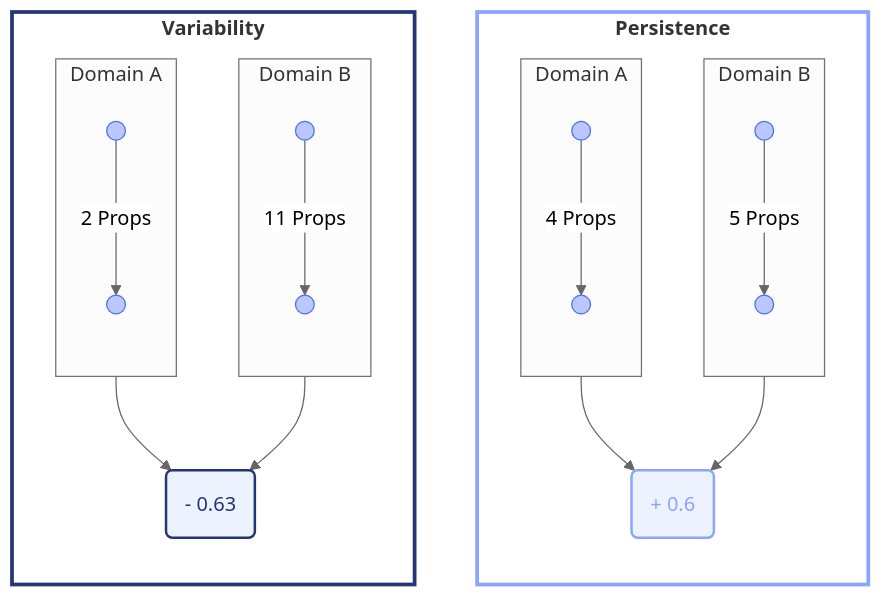
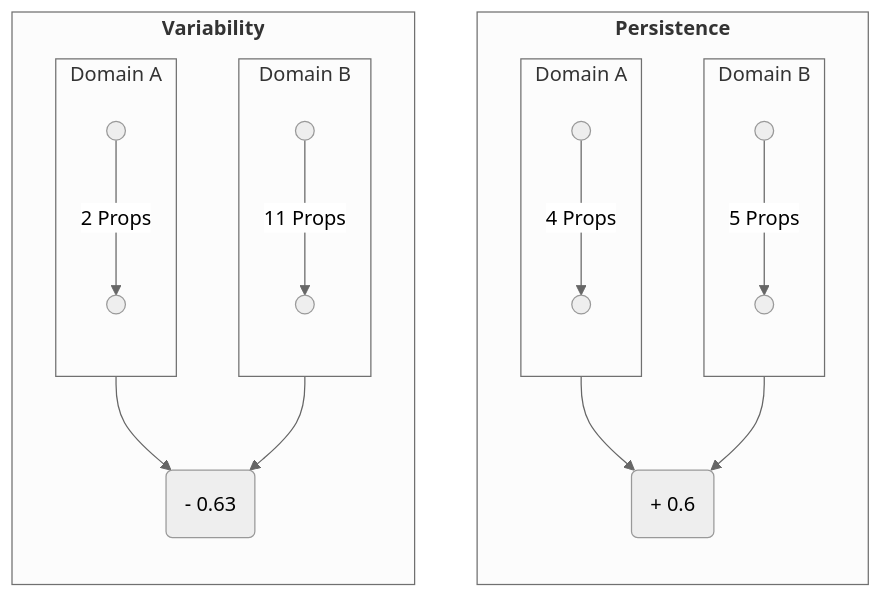
The eighth of 13 diagrams in content/commons.mdx (clairemira/miranova), drawn with Mermaid before and after one commit. The commit also changed other lines of this file and 23 other files, not shown here.

Commit message:
Added dark mode support for mermaid nodes

````diff
--- a/content/commons.mdx
+++ b/content/commons.mdx
@@ -833,62 +770,50 @@
 ```mermaid
 ---
 config:
   flowchart:
     curve: basis
   theme: neutral
 ---
 flowchart TB
   subgraph PERS1["<strong>Persistence</strong>"]
     direction TD
 
     subgraph DAP["Domain A"]
       direction TB
 
       C1(( )) -->|"4 Props"| C2(( ))
     end
 
     subgraph DBP["Domain B"]
       direction TB
 
       C3(( )) -->|"5 Props"| C4(( ))
     end
 
-    DEP("+ 0.6")
+    DEP("+ 0.6"):::prominence
 
     DAP --> DEP
     DBP --> DEP
   end
 
   subgraph PERS2["<strong>Variability</strong>"]
     direction TD
 
     subgraph DAP2["Domain A"]
       direction TB
 
       C5(( )) -->|"2 Props"| C6(( ))
     end
 
     subgraph DBP2["Domain B"]
       direction TB
 
       C7(( )) -->|"11 Props"| C8(( ))
     end
 
-    DEP2("- 0.63")
+    DEP2("- 0.63"):::turbulence
 
     DAP2 --> DEP2
     DBP2 --> DEP2
   end
-
-  classDef committalNode fill:#bac8ff,stroke:#4c6ef5,color:#4c6ef5
-  classDef perNode fill:#edf2ff,stroke:#8ca3ff,color:#8ca3ff,stroke-width:2px
-  classDef varNode fill:#edf2ff,stroke:#263578,color:#263578,stroke-width:2px
-
-  class L3 blueNode
-  class C1,C2,C3,C4,C5,C6,C7,C8 committalNode
-  class DEP perNode
-  class DEP2 varNode
-
-  style PERS1 fill:transparent,stroke:#8ca3ff,stroke-width:3px
-  style PERS2 fill:transparent,stroke:#263578,stroke-width:3px
 ```
````
